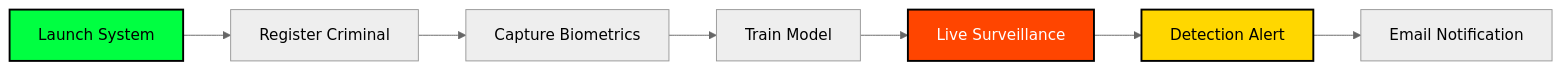
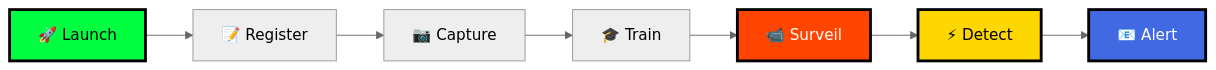
One commit to koushik4475/visionexus changed the diagram in README.md. Above: the diagram before and after it, drawn with Mermaid (neutral theme). The commit also changed other lines of this file, not shown here.

````diff
--- a/README.md
+++ b/README.md
@@ -263,13 +443,14 @@
 ```mermaid
 graph LR
-    A[Launch System] --> B[Register Criminal]
-    B --> C[Capture Biometrics]
-    C --> D[Train Model]
-    D --> E[Live Surveillance]
-    E --> F[Detection Alert]
-    F --> G[Email Notification]
+    A[🚀 Launch] --> B[📝 Register]
+    B --> C[📷 Capture]
+    C --> D[🎓 Train]
+    D --> E[📹 Surveil]
+    E --> F[⚡ Detect]
+    F --> G[📧 Alert]
     
-    style A fill:#00FF41,stroke:#000,stroke-width:2px,color:#000
-    style E fill:#FF4500,stroke:#000,stroke-width:2px,color:#fff
-    style F fill:#FFD700,stroke:#000,stroke-width:2px,color:#000
+    style A fill:#00FF41,stroke:#000,stroke-width:3px,color:#000
+    style E fill:#FF4500,stroke:#000,stroke-width:3px,color:#fff
+    style F fill:#FFD700,stroke:#000,stroke-width:3px,color:#000
+    style G fill:#4169E1,stroke:#000,stroke-width:3px,color:#fff
 ```
````
